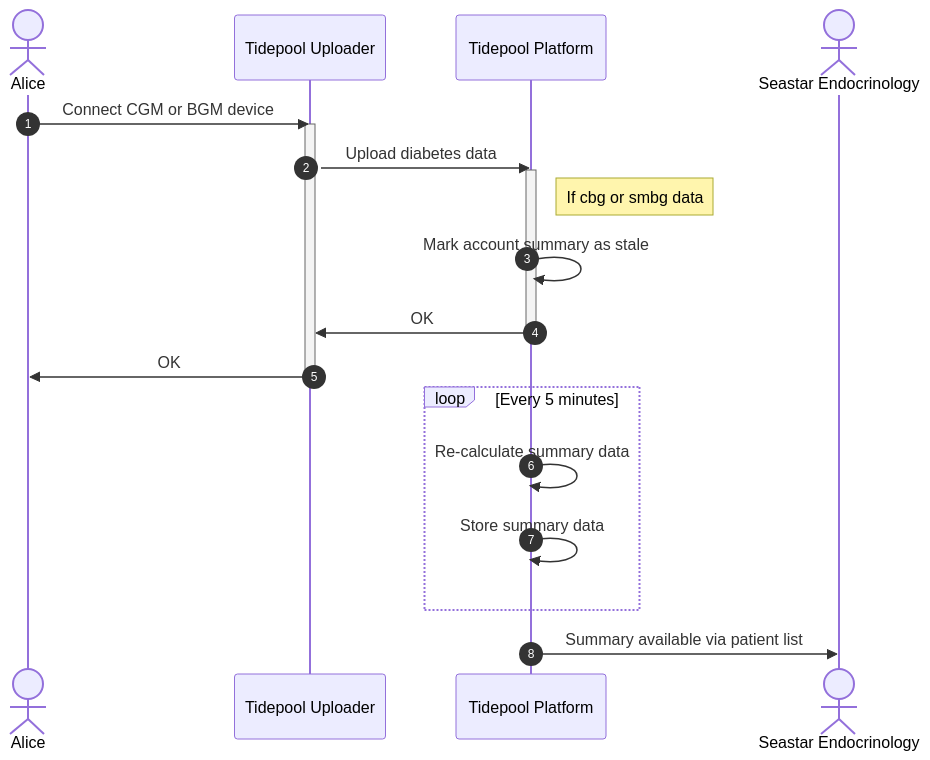
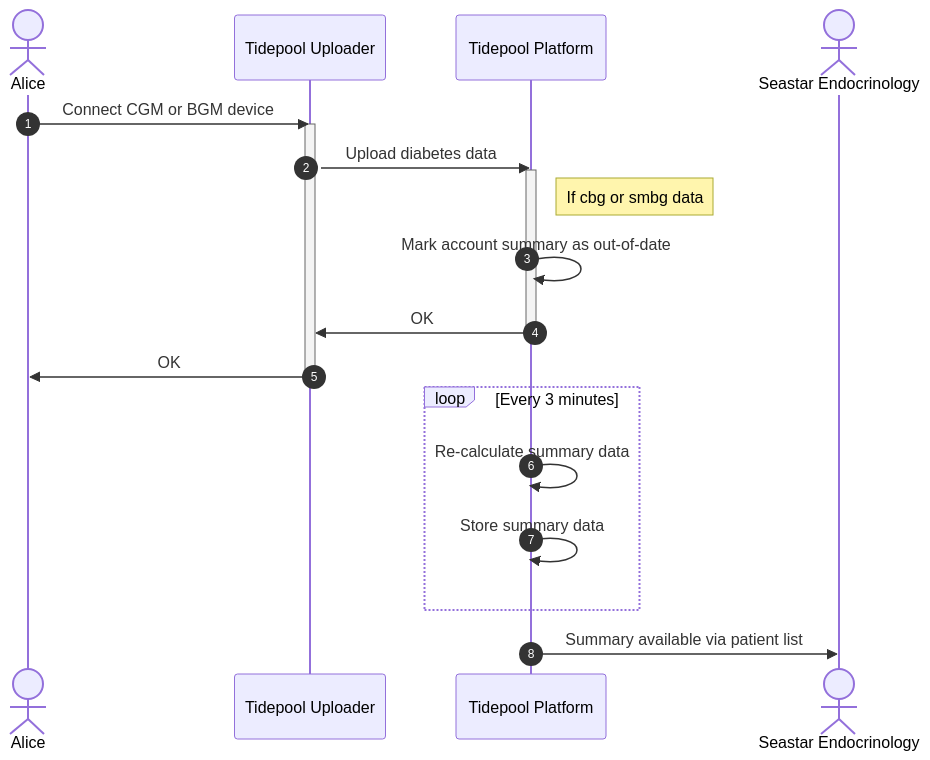
The first of 2 diagrams in docs/summary-data.md (tidepool-org/TidepoolApi), drawn with Mermaid before and after one commit. The commit also changed other lines of this file, not shown here.

Commit message:
Update the update frequency to 3 minutes. More tweaks to the language.

````diff
--- a/docs/summary-data.md
+++ b/docs/summary-data.md
@@ -22,26 +22,26 @@
 ```mermaid
 sequenceDiagram
    autonumber
    actor PWD as Alice
    participant Uploader as Tidepool Uploader
    participant Platform as Tidepool Platform
    link Platform: https://api.tidepool.org @ https://api.tidepool.org
    actor Clinic as Seastar Endocrinology
 
    PWD->>Uploader: Connect CGM or BGM device
    activate Uploader
    Uploader->>Platform: Upload diabetes data
    activate Platform
    note right of Platform: If cbg or smbg data
-   Platform->>Platform: Mark account summary as stale
+   Platform->>Platform: Mark account summary as out-of-date
    Platform->>Uploader: OK
    deactivate Platform
    Uploader->>PWD: OK
    deactivate Uploader
 
-   loop Every 5 minutes
+   loop Every 3 minutes
       Platform->>Platform: Re-calculate summary data
       Platform->>Platform: Store summary data
    end
    Platform->>Clinic: Summary available via patient list
 ```
````
